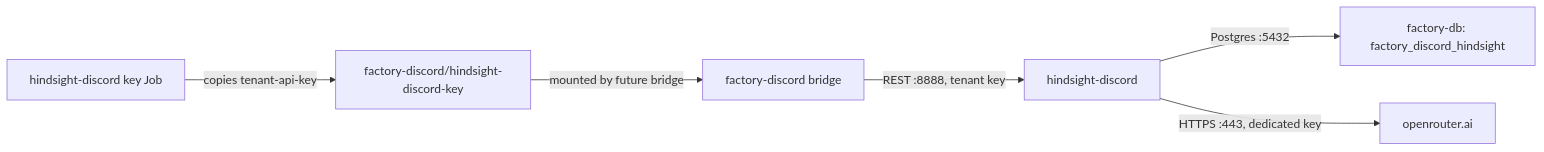
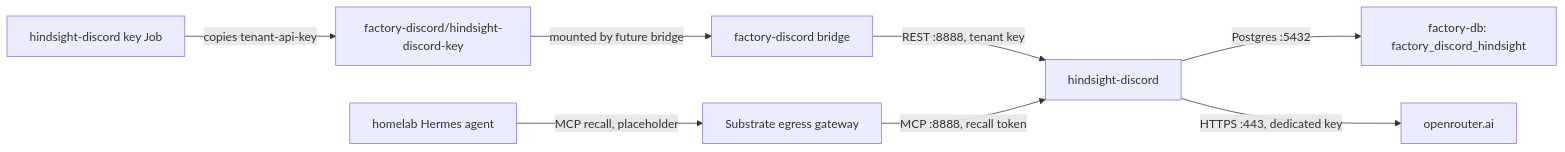
The diagram in projects/platform-factory/hindsight-discord/README.md (jomcgi-org/homelab), drawn with Mermaid before and after one commit. The commit also changed other lines of this file and 13 other files, not shown here.

First line of the commit message:
feat(hindsight-discord): give the Discord Hermes agent a recall-only MCP token

````diff
--- a/projects/platform-factory/hindsight-discord/README.md
+++ b/projects/platform-factory/hindsight-discord/README.md
@@ -6,8 +6,10 @@
 ```mermaid
 flowchart LR
     D[factory-discord bridge] -->|REST :8888, tenant key| H[hindsight-discord]
+    A[homelab Hermes agent] -->|MCP recall, placeholder| G[Substrate egress gateway]
+    G -->|MCP :8888, recall token| H
     H -->|Postgres :5432| DB[factory-db: factory_discord_hindsight]
     H -->|HTTPS :443, dedicated key| O[openrouter.ai]
     K[hindsight-discord key Job] -->|copies tenant-api-key| S[factory-discord/hindsight-discord-key]
     S -->|mounted by future bridge| D
 ```
````
